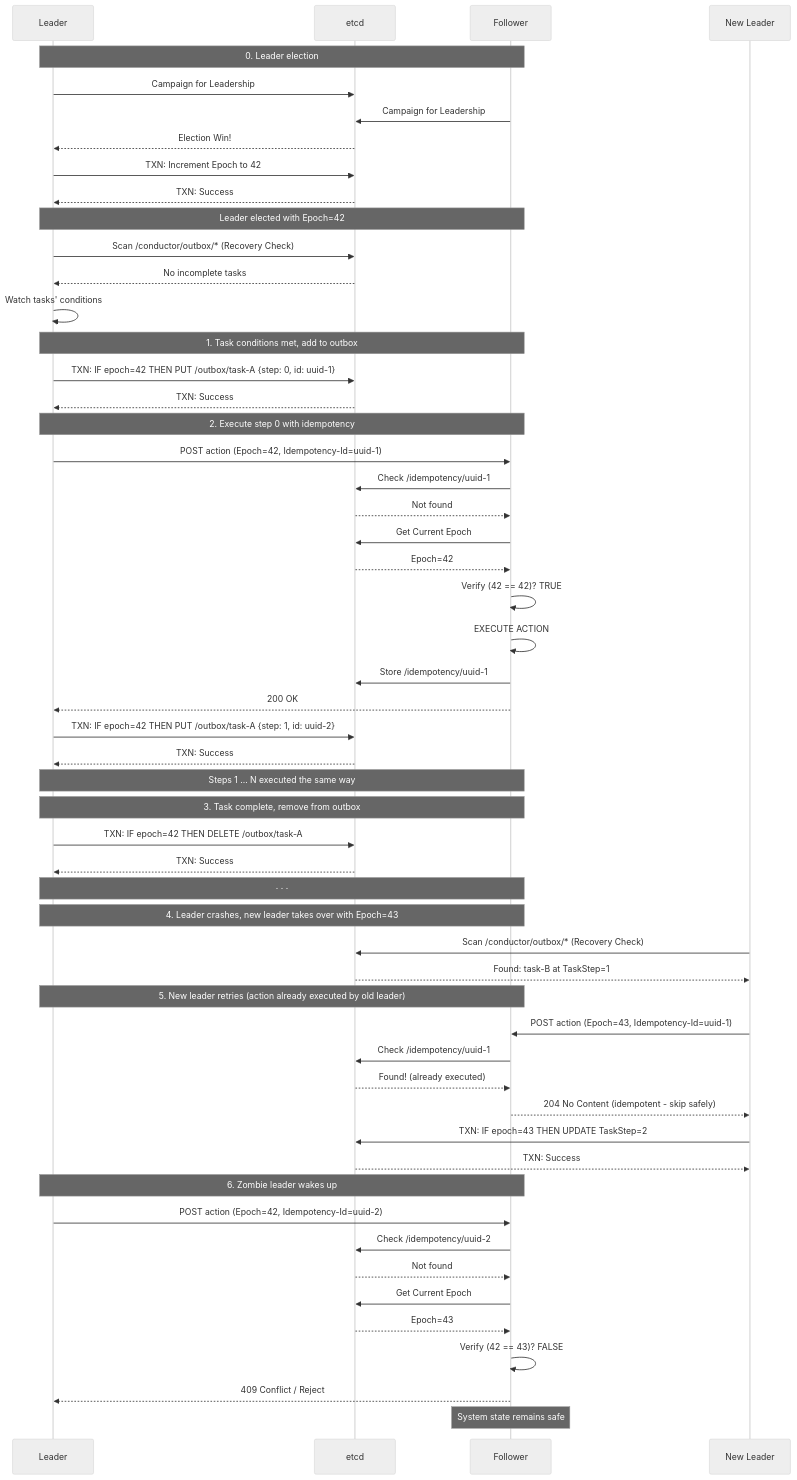
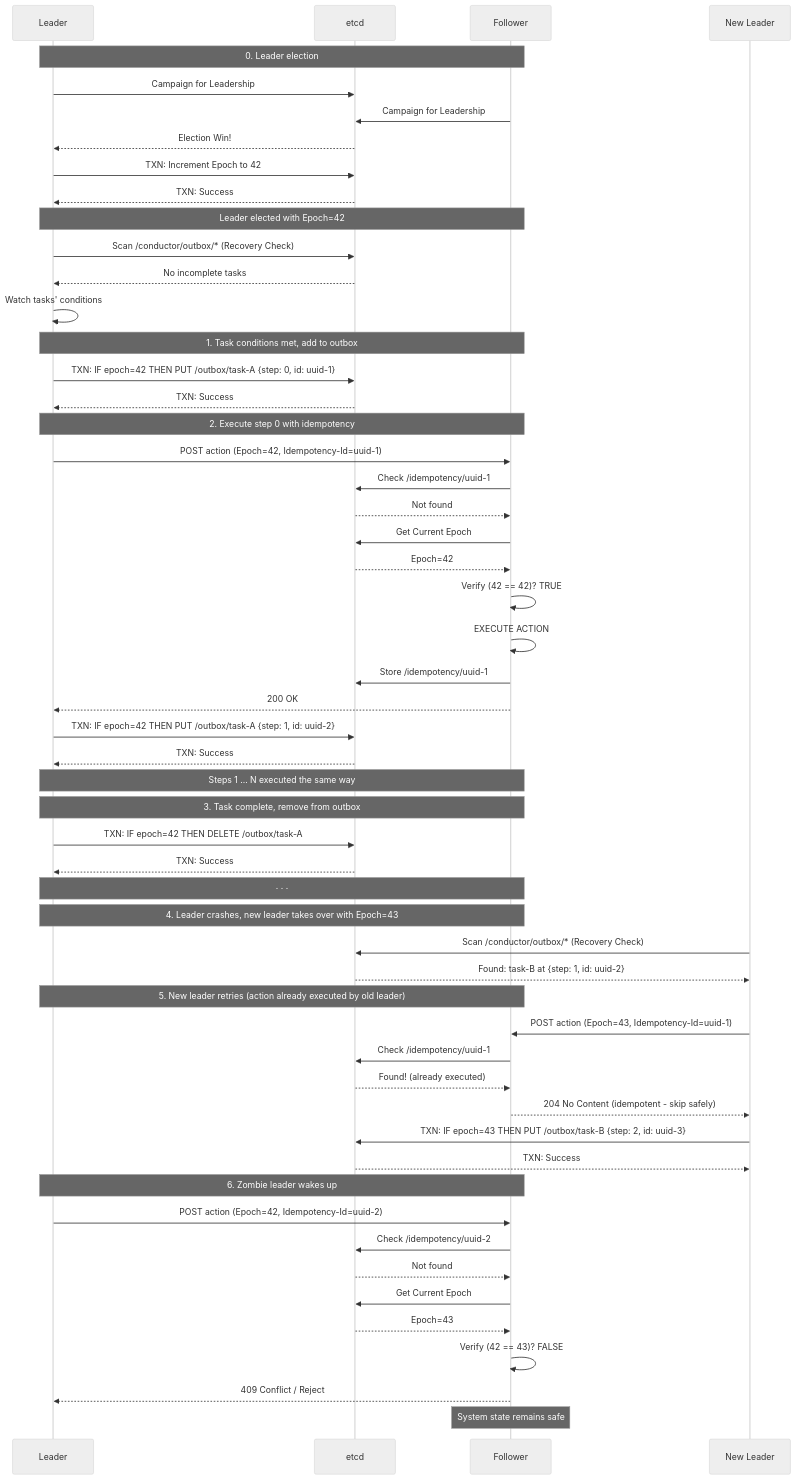
One commit to esadakcam/conductor changed the diagram in docs/flow-distributed.md. Above: the diagram before and after it, drawn with Mermaid (neutral theme).

Commit message:
Update flow-distributed documentation to reflect changes in task identification and transaction format

````diff
--- a/docs/flow-distributed.md
+++ b/docs/flow-distributed.md
@@ -1,78 +1,78 @@
 ```mermaid
 sequenceDiagram
 participant Leader as Leader
 participant DB as etcd
 participant Follower as Follower
 
     Note over Leader, Follower: 0. Leader election
 
     Leader->>DB: Campaign for Leadership
     Follower->>DB: Campaign for Leadership
     DB-->>Leader: Election Win!
     Leader->>DB: TXN: Increment Epoch to 42
     DB-->>Leader: TXN: Success
 
     Note over Leader, Follower: Leader elected with Epoch=42
 
     Leader->>DB: Scan /conductor/outbox/* (Recovery Check)
     DB-->>Leader: No incomplete tasks
     Leader->>Leader: Watch tasks' conditions
 
     Note over Leader, Follower: 1. Task conditions met, add to outbox
 
     Leader->>DB: TXN: IF epoch=42 THEN PUT /outbox/task-A {step: 0, id: uuid-1}
     DB-->>Leader: TXN: Success
 
     Note over Leader, Follower: 2. Execute step 0 with idempotency
 
     Leader->>Follower: POST action (Epoch=42, Idempotency-Id=uuid-1)
     Follower->>DB: Check /idempotency/uuid-1
     DB-->>Follower: Not found
     Follower->>DB: Get Current Epoch
     DB-->>Follower: Epoch=42
     Follower->>Follower: Verify (42 == 42)? TRUE
     Follower->>Follower: EXECUTE ACTION
     Follower->>DB: Store /idempotency/uuid-1
     Follower-->>Leader: 200 OK
 
     Leader->>DB: TXN: IF epoch=42 THEN PUT /outbox/task-A {step: 1, id: uuid-2}
     DB-->>Leader: TXN: Success
 
     Note over Leader, Follower: Steps 1 … N executed the same way
 
     Note over Leader, Follower: 3. Task complete, remove from outbox
 
     Leader->>DB: TXN: IF epoch=42 THEN DELETE /outbox/task-A
     DB-->>Leader: TXN: Success
 
     Note over Leader, Follower: · · ·
 
     Note over Leader, Follower: 4. Leader crashes, new leader takes over with Epoch=43
 
     participant NewLeader as New Leader
 
     NewLeader->>DB: Scan /conductor/outbox/* (Recovery Check)
-    DB-->>NewLeader: Found: task-B at TaskStep=1
+    DB-->>NewLeader: Found: task-B at {step: 1, id: uuid-2}
 
     Note over Leader, Follower: 5. New leader retries (action already executed by old leader)
 
     NewLeader->>Follower: POST action (Epoch=43, Idempotency-Id=uuid-1)
     Follower->>DB: Check /idempotency/uuid-1
     DB-->>Follower: Found! (already executed)
     Follower-->>NewLeader: 204 No Content (idempotent - skip safely)
 
-    NewLeader->>DB: TXN: IF epoch=43 THEN UPDATE TaskStep=2
+    NewLeader->>DB: TXN: IF epoch=43 THEN PUT /outbox/task-B {step: 2, id: uuid-3}
     DB-->>NewLeader: TXN: Success
 
     Note over Leader, Follower: 6. Zombie leader wakes up
 
     Leader->>Follower: POST action (Epoch=42, Idempotency-Id=uuid-2)
     Follower->>DB: Check /idempotency/uuid-2
     DB-->>Follower: Not found
     Follower->>DB: Get Current Epoch
     DB-->>Follower: Epoch=43
     Follower->>Follower: Verify (42 == 43)? FALSE
     Follower-->>Leader: 409 Conflict / Reject
 
     Note over Follower: System state remains safe
 ```
````
